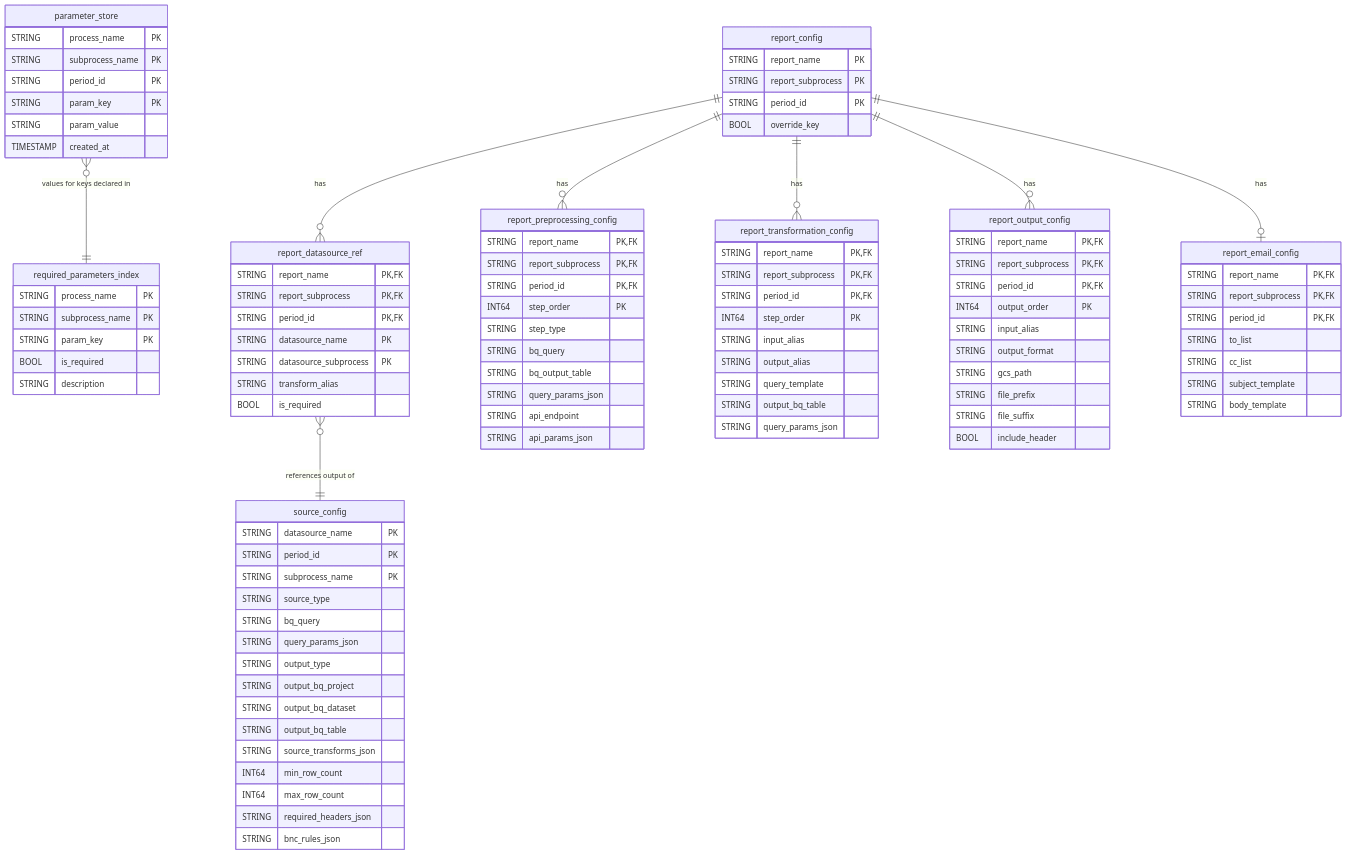
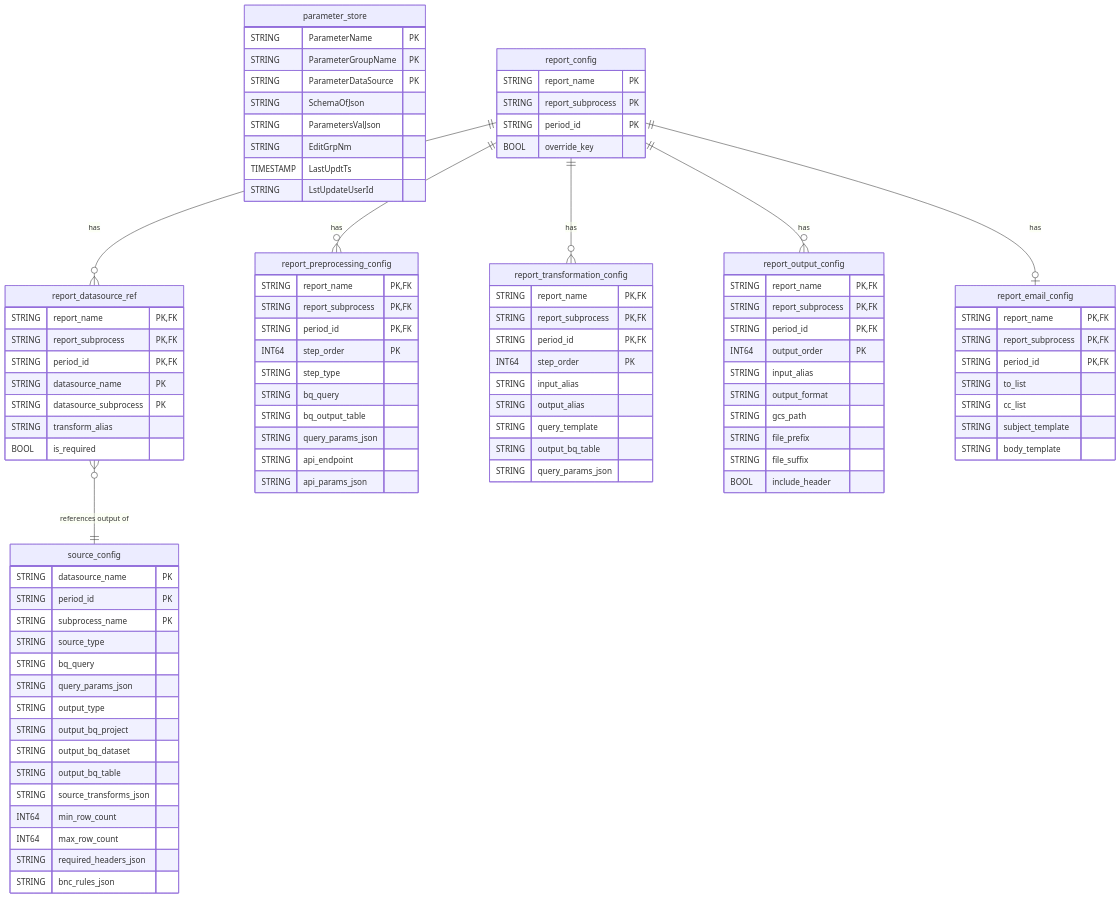
One commit to tushark-16bit/beam_framework changed diagram 11 of 13 in WALKTHROUGH.md. Above: the diagram before and after it, drawn with Mermaid. The commit also changed other lines of this file and 6 other files, not shown here.

First line of the commit message:
Redesign parameter_store schema: JSON-blob per group, SchemaOfJson for validation

````diff
--- a/WALKTHROUGH.md
+++ b/WALKTHROUGH.md
@@ -547,23 +547,15 @@
 ```mermaid
 erDiagram
     parameter_store {
-        STRING process_name PK
-        STRING subprocess_name PK
-        STRING period_id PK
-        STRING param_key PK
-        STRING param_value
-        TIMESTAMP created_at
+        STRING ParameterName PK
+        STRING ParameterGroupName PK
+        STRING ParameterDataSource PK
+        STRING SchemaOfJson
+        STRING ParametersValJson
+        STRING EditGrpNm
+        TIMESTAMP LastUpdtTs
+        STRING LstUpdateUserId
     }
-
-    required_parameters_index {
-        STRING process_name PK
-        STRING subprocess_name PK
-        STRING param_key PK
-        BOOL is_required
-        STRING description
-    }
-
-    parameter_store }o--|| required_parameters_index : "values for keys declared in"
 
     source_config {
         STRING datasource_name PK
````
